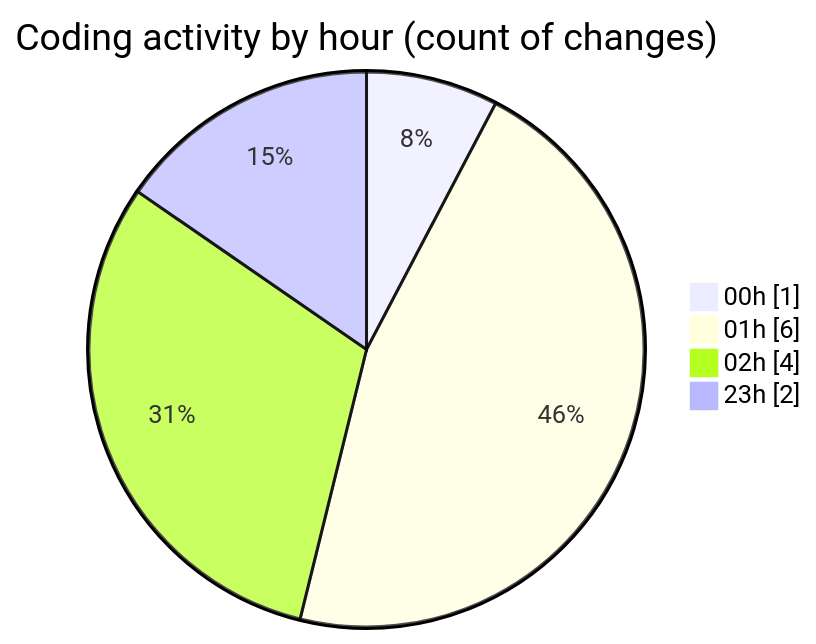
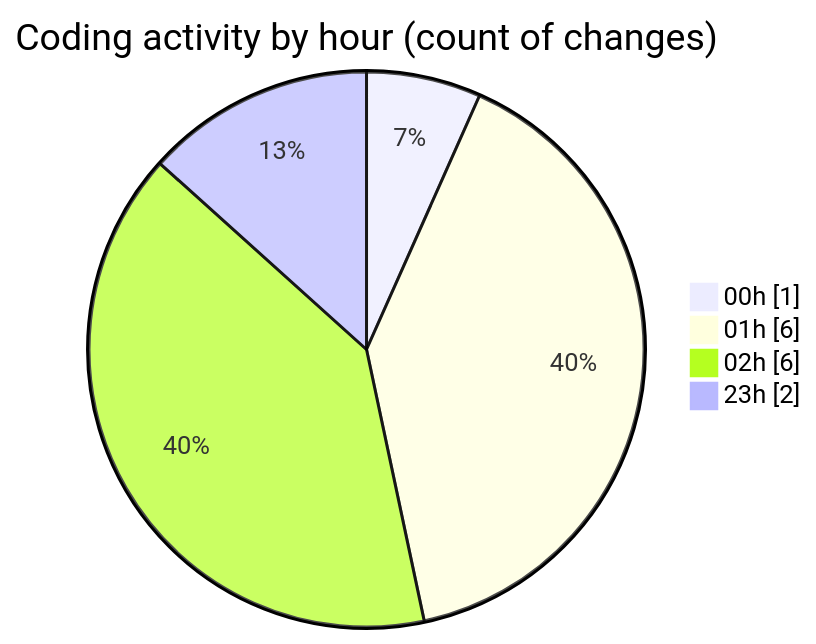
Before and after one commit to charlie-sans/code-tracking: the second of 2 diagrams in 2025-02-19/masm/README.md, drawn with Mermaid. The commit also changed other lines of this file and 1 other file, not shown here.

````diff
--- a/2025-02-19/masm/README.md
+++ b/2025-02-19/masm/README.md
@@ -32,8 +32,8 @@
 ```mermaid
 pie showData
 title Coding activity by hour (count of changes)
 "00h" : 1
 "01h" : 6
-"02h" : 4
+"02h" : 6
 "23h" : 2
 ```
````
